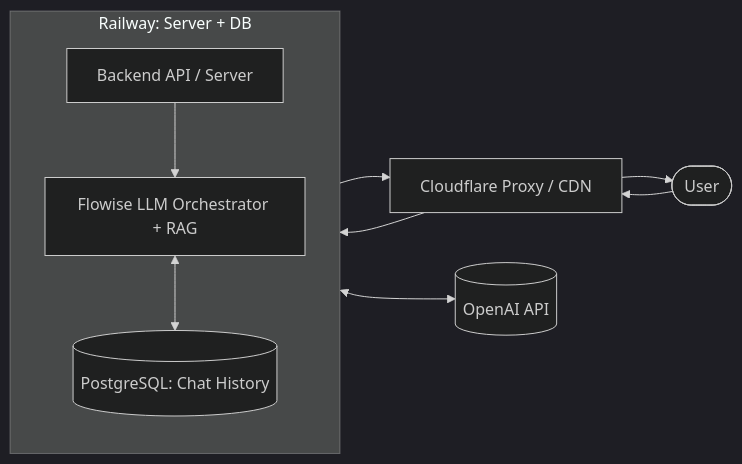
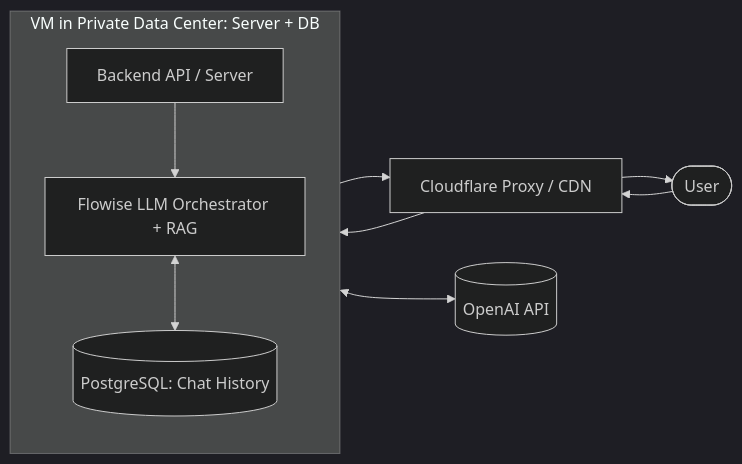
One commit to chikuku/chikuku.github.io changed the second of 2 diagrams in README.md. Above: the diagram before and after it, drawn with Mermaid (dark theme). The commit also changed other lines of this file, not shown here.

````diff
--- a/README.md
+++ b/README.md
@@ -48,23 +48,23 @@
 ```mermaid
 flowchart LR
   %% direction: Left-to-Right or top-to-bottom: "flowchart TB"
   User([User])
   CF[Cloudflare Proxy / CDN]
 
-  subgraph Railway[Railway: Server + DB]
+  subgraph Private_server[VM in Private Data Center: Server + DB]
     direction TB
     API[Backend API / Server]
     Flowise[Flowise LLM Orchestrator + RAG]
     DB[(PostgreSQL: Chat History)]
     API --> Flowise
     Flowise <--> DB
   end
 
   OpenAI[(OpenAI API)]
 
   %% 外層資料流
   User --> CF --> API
   Flowise <--> OpenAI
   API --> CF --> User
 
 ```
````
